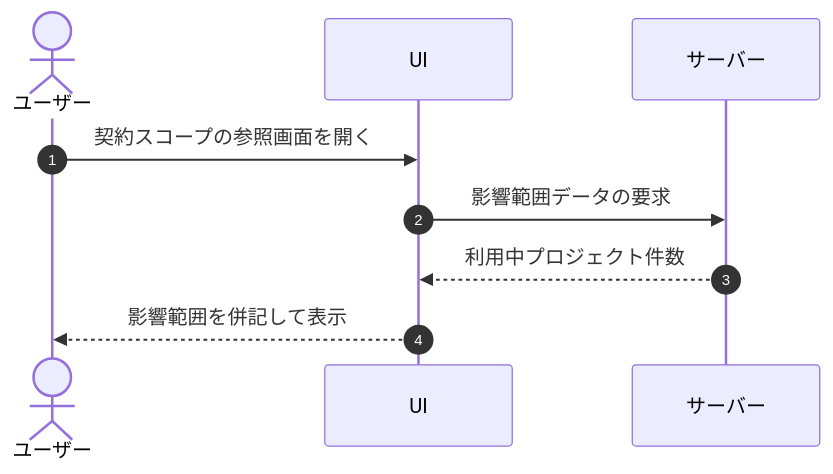
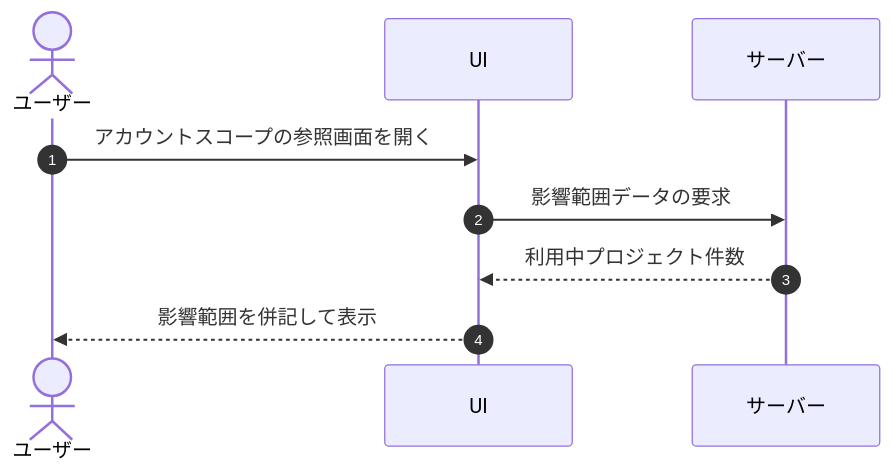
Diagram 33 of 37 in 01_requirements/02_functional_requirement/03_usage-fr.md (sikakou54/open-faq), drawn with Mermaid before and after one commit. The commit also changed other lines of this file and 294 other files, not shown here.

````diff
--- a/01_requirements/02_functional_requirement/03_usage-fr.md
+++ b/01_requirements/02_functional_requirement/03_usage-fr.md
@@ -890,11 +890,11 @@
 ```mermaid
 sequenceDiagram
   autonumber
   actor U as ユーザー
   participant UI as UI
   participant S as サーバー
-  U->>UI: 契約スコープの参照画面を開く
+  U->>UI: アカウントスコープの参照画面を開く
   UI->>S: 影響範囲データの要求
   S-->>UI: 利用中プロジェクト件数
   UI-->>U: 影響範囲を併記して表示
 ```
````
